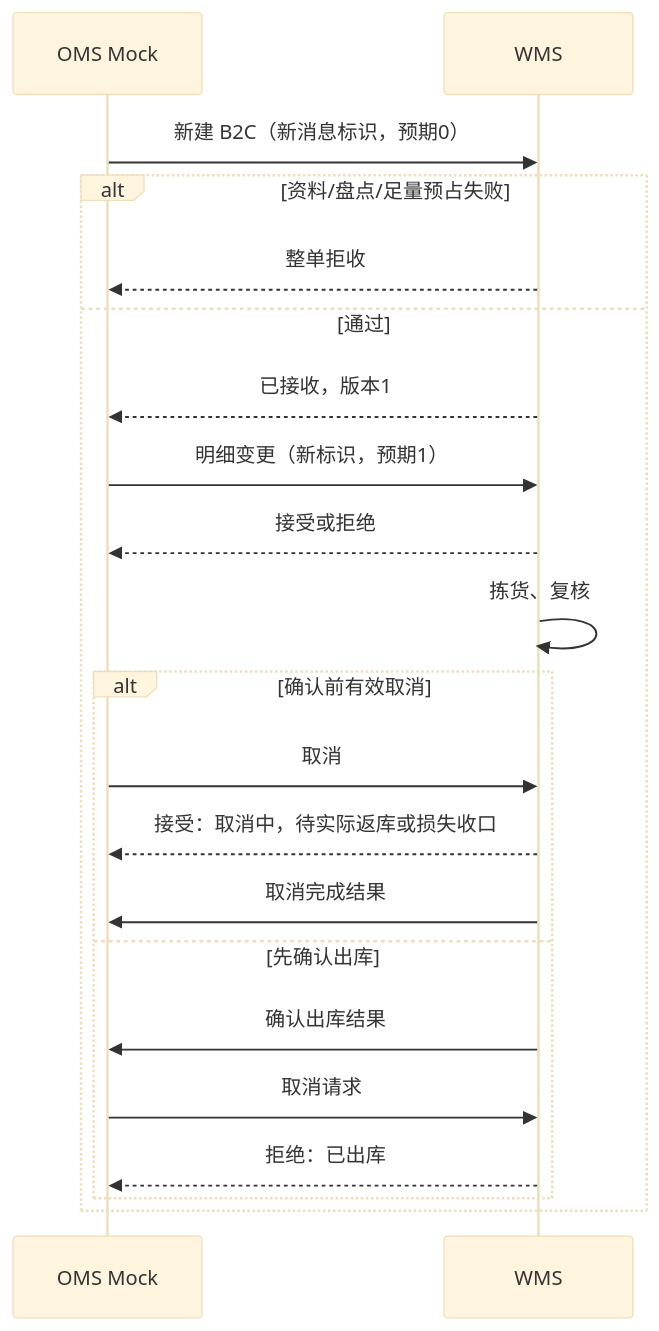
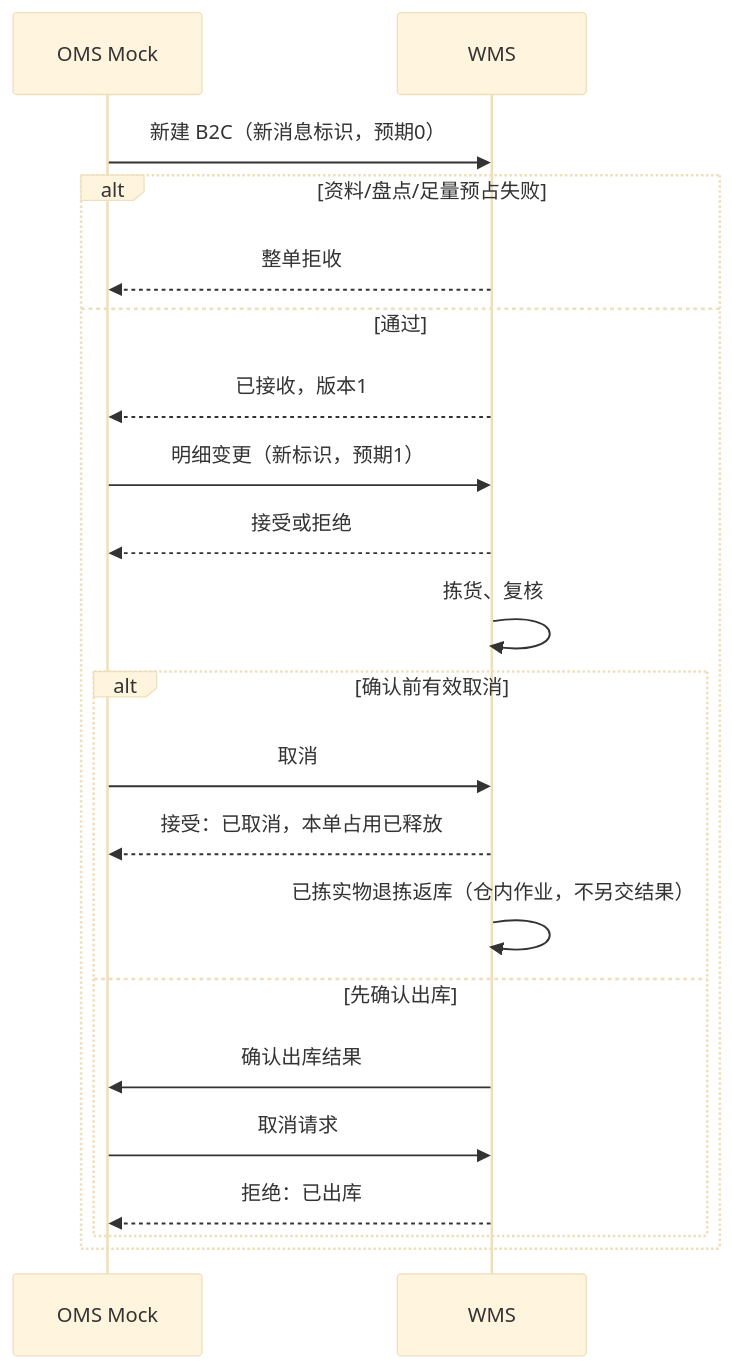
The third of 3 diagrams in 05-应用设计方案/20261002-MVP版本/系统架构设计/06-接口与OMS Mock消息设计.md (TopVitamin/QS-WMS-Project), drawn with Mermaid (base theme) before and after one commit. The commit also changed other lines of this file and 174 other files, not shown here.

````diff
--- a/05-应用设计方案/20261002-MVP版本/系统架构设计/06-接口与OMS Mock消息设计.md
+++ b/05-应用设计方案/20261002-MVP版本/系统架构设计/06-接口与OMS Mock消息设计.md
@@ -151,23 +150,23 @@
 ```mermaid
 sequenceDiagram
     participant M as OMS Mock
     participant W as WMS
     M->>W: 新建 B2C（新消息标识，预期0）
     alt 资料/盘点/足量预占失败
         W-->>M: 整单拒收
     else 通过
         W-->>M: 已接收，版本1
         M->>W: 明细变更（新标识，预期1）
         W-->>M: 接受或拒绝
         W->>W: 拣货、复核
         alt 确认前有效取消
             M->>W: 取消
-            W-->>M: 接受：取消中，待实际返库或损失收口
-            W->>M: 取消完成结果
+            W-->>M: 接受：已取消，本单占用已释放
+            W->>W: 已拣实物退拣返库（仓内作业，不另交结果）
         else 先确认出库
             W->>M: 确认出库结果
             M->>W: 取消请求
             W-->>M: 拒绝：已出库
         end
     end
 ```
````
